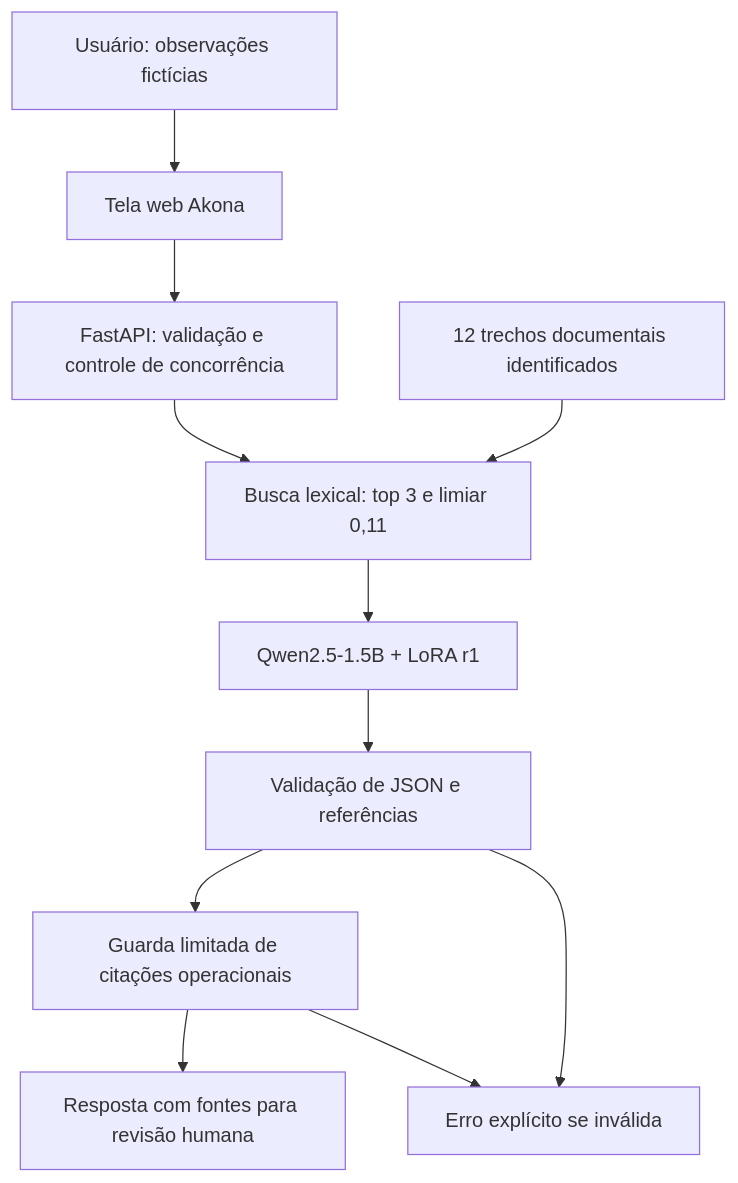
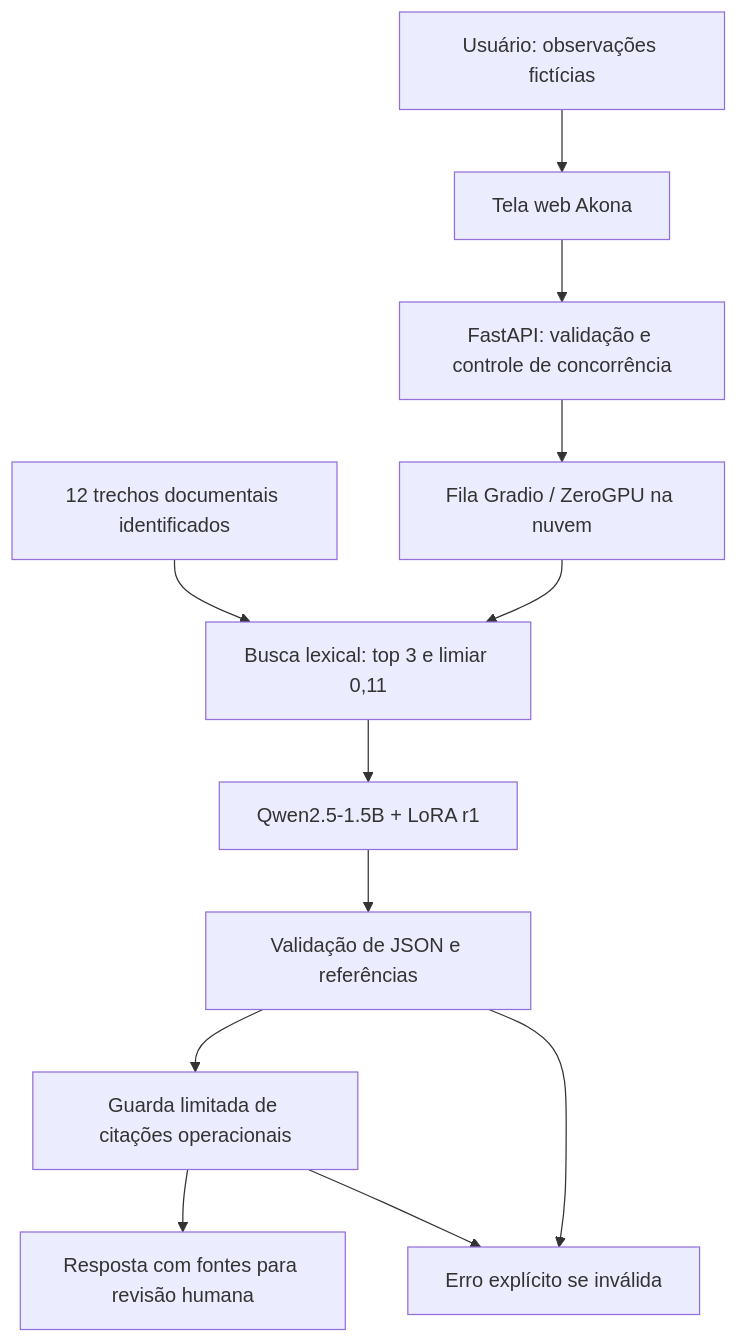
The diagram in README.md (laia020/citizentech-iluminacao-ia), drawn with Mermaid before and after one commit. The commit also changed other lines of this file and 46 other files, not shown here.

Commit message:
Implanta IA no Hugging Face ZeroGPU sem dependencia do Mac

````diff
--- a/README.md
+++ b/README.md
@@ -45,13 +47,14 @@
 ```mermaid
 flowchart TD
     U[Usuário: observações fictícias] --> F[Tela web Akona]
     F --> API[FastAPI: validação e controle de concorrência]
     D[12 trechos documentais identificados] --> R[Busca lexical: top 3 e limiar 0,11]
-    API --> R
+    API --> Q[Fila Gradio / ZeroGPU na nuvem]
+    Q --> R
     R --> L[Qwen2.5-1.5B + LoRA r1]
     L --> V[Validação de JSON e referências]
     V --> G[Guarda limitada de citações operacionais]
     G --> H[Resposta com fontes para revisão humana]
     V --> E[Erro explícito se inválida]
     G --> E
 ```
````
